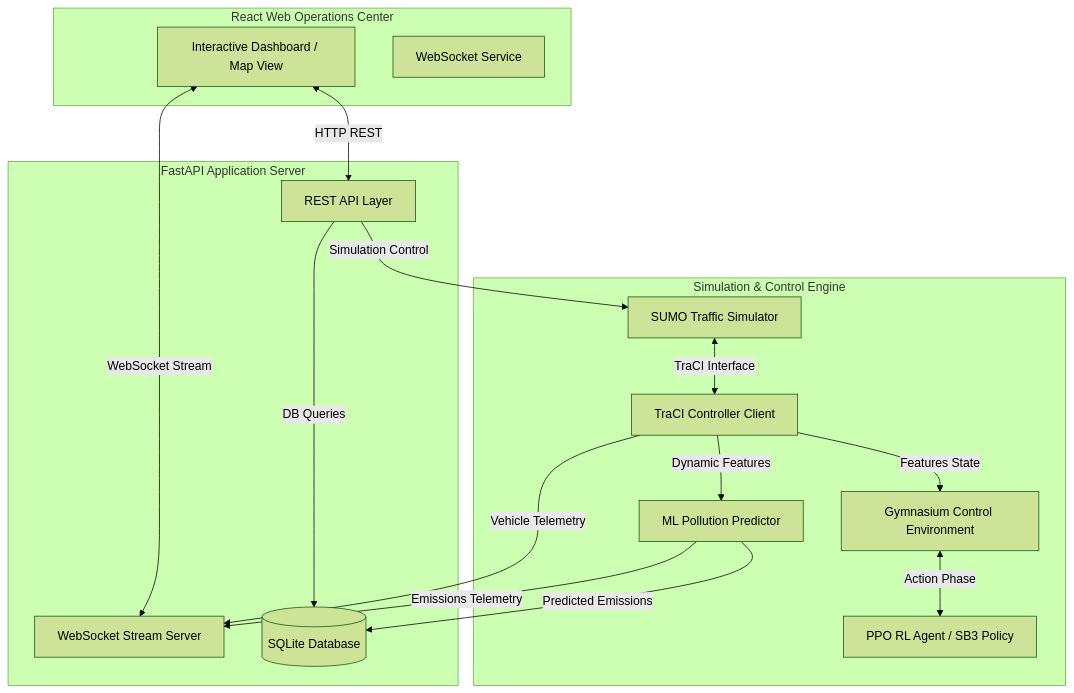
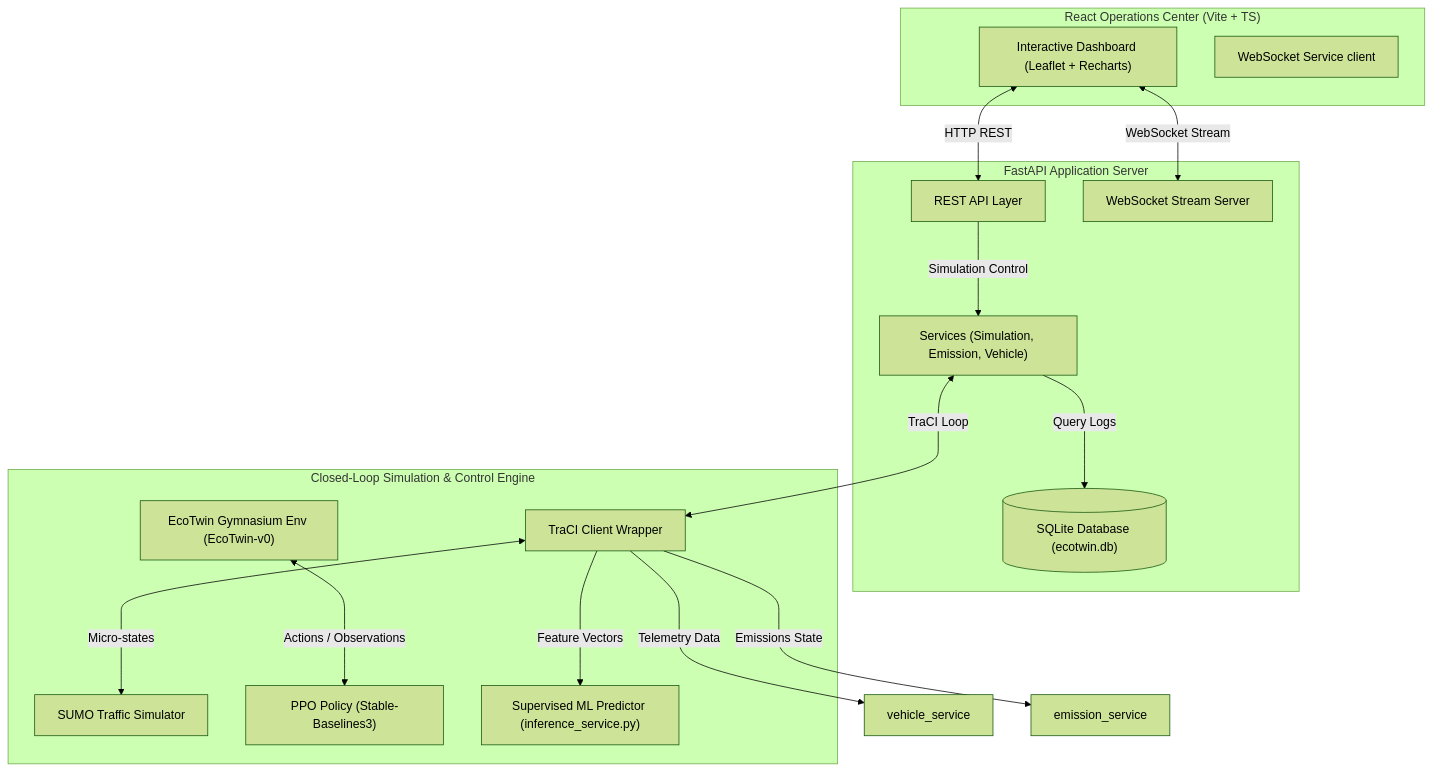
Before and after one commit to animesh6532/EcoTwin: the first of 2 diagrams in README.md, drawn with Mermaid (forest theme). The commit also changed other lines of this file and 1 other file, not shown here.

Commit message:
refactor: rewrite project documentation and update database schema

````diff
--- a/README.md
+++ b/README.md
@@ -58,36 +56,37 @@
 ```mermaid
 flowchart TB
-    subgraph Frontend [React Web Operations Center]
-        UI[Interactive Dashboard / Map View]
-        WS_Client[WebSocket Service]
+    subgraph Frontend ["React Operations Center (Vite + TS)"]
+        UI["Interactive Dashboard (Leaflet + Recharts)"]
+        WS_Client["WebSocket Service client"]
     end
     
-    subgraph Backend [FastAPI Application Server]
-        API[REST API Layer]
-        WS_Server[WebSocket Stream Server]
-        DB[(SQLite Database)]
+    subgraph Backend ["FastAPI Application Server"]
+        API["REST API Layer"]
+        WS_Server["WebSocket Stream Server"]
+        DB[("SQLite Database (ecotwin.db)")]
+        Services["Services (Simulation, Emission, Vehicle)"]
     end
     
-    subgraph ControlEngine [Simulation & Control Engine]
-        SIM[SUMO Traffic Simulator]
-        TRACI[TraCI Controller Client]
-        ENV[Gymnasium Control Environment]
-        RL[PPO RL Agent / SB3 Policy]
-        ML[ML Pollution Predictor]
+    subgraph ControlEngine ["Closed-Loop Simulation & Control Engine"]
+        SUMO["SUMO Traffic Simulator"]
+        TRACI["TraCI Client Wrapper"]
+        ENV["EcoTwin Gymnasium Env (EcoTwin-v0)"]
+        RL["PPO Policy (Stable-Baselines3)"]
+        ML["Supervised ML Predictor (inference_service.py)"]
     end
 
-    UI <-->|HTTP REST| API
-    UI <-->|WebSocket Stream| WS_Server
+    UI <-->|"HTTP REST"| API
+    UI <-->|"WebSocket Stream"| WS_Server
     
-    API -->|Simulation Control| SIM
-    API -->|DB Queries| DB
+    API --->|"Simulation Control"| Services
+    Services --->|"Query Logs"| DB
     
-    SIM <-->|TraCI Interface| TRACI
-    TRACI -->|Vehicle Telemetry| WS_Server
-    TRACI -->|Features State| ENV
+    Services <--->|"TraCI Loop"| TRACI
+    TRACI <--->|"Micro-states"| SUMO
     
-    ENV <-->|Action Phase| RL
-    TRACI -->|Dynamic Features| ML
-    ML -->|Predicted Emissions| DB
-    ML -->|Emissions Telemetry| WS_Server
+    TRACI --->|"Telemetry Data"| vehicle_service
+    TRACI --->|"Emissions State"| emission_service
+    
+    ENV <--->|"Actions / Observations"| RL
+    TRACI --->|"Feature Vectors"| ML
 ```
````
